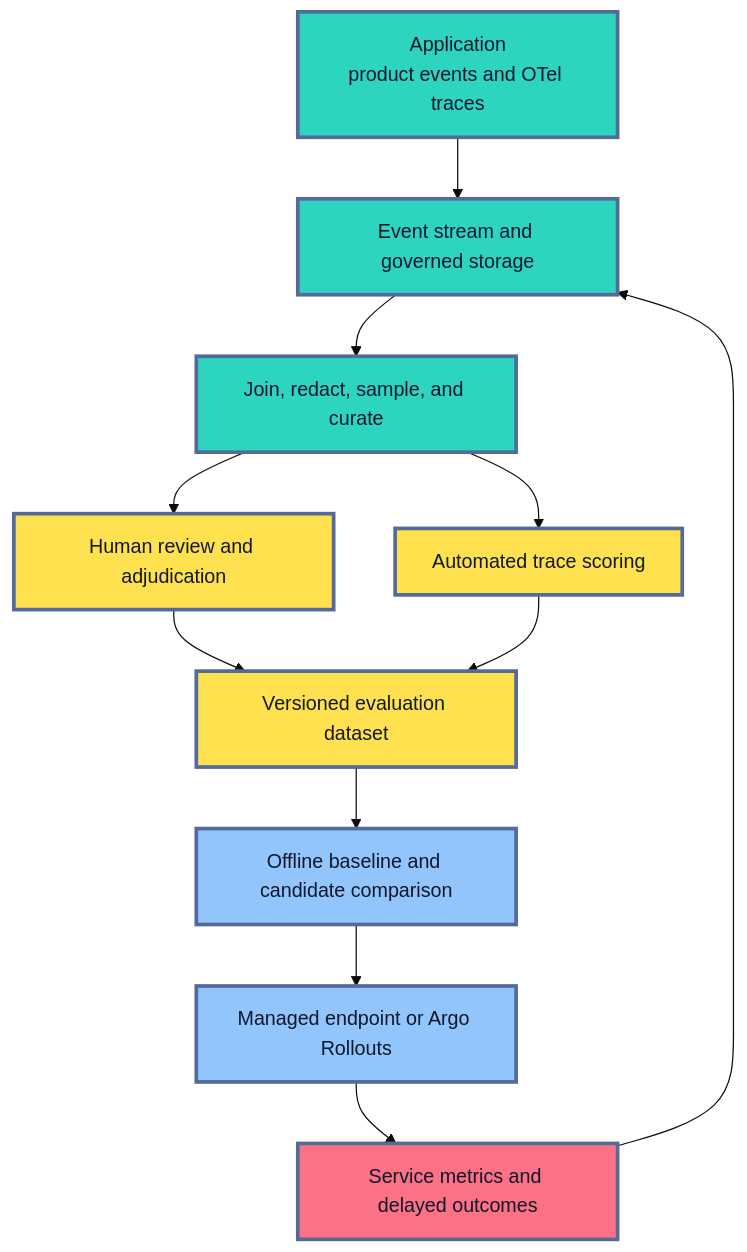
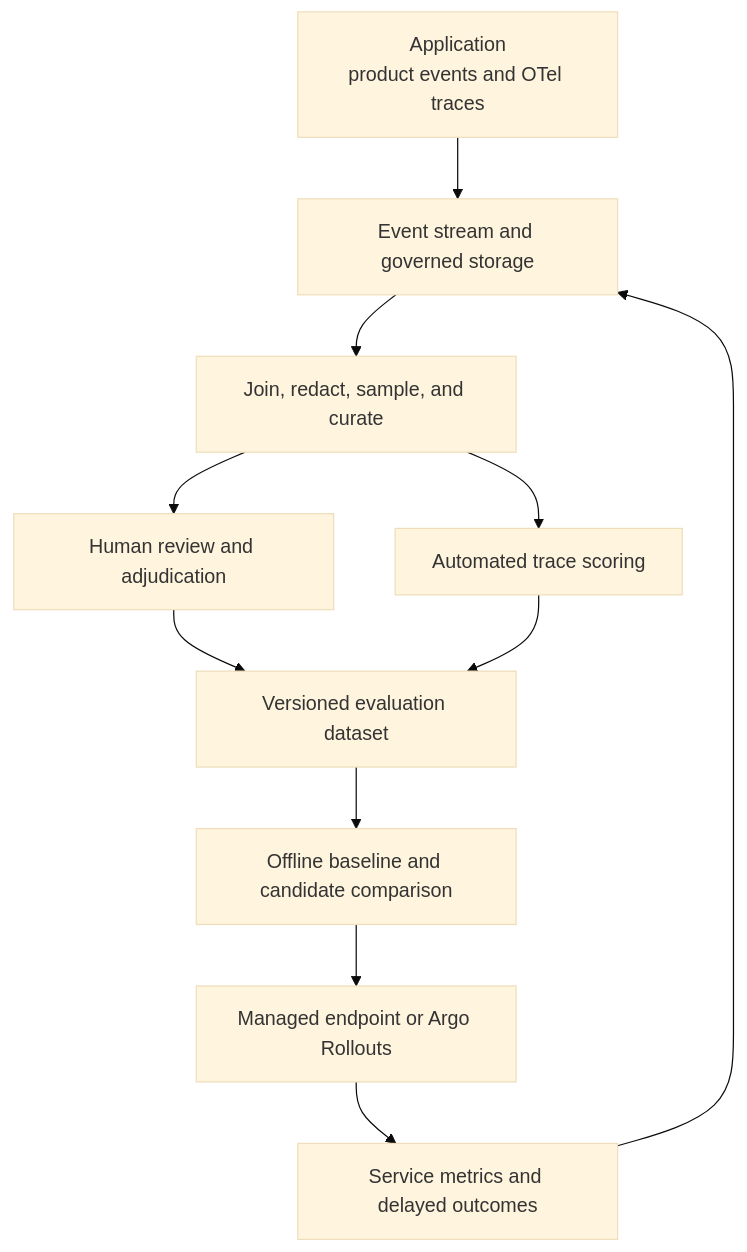
Before and after one commit to senlinyy/dev-roadmaps: the seventh of 7 diagrams in roadmaps/mlops/modules/llmops/adaptation-and-feedback/02-production-feedback-and-eval-flywheel.md, drawn with Mermaid (base theme). The commit also changed other lines of this file and 152 other files, not shown here.

Commit message:
feat: mlops and diagrams updated

````diff
--- a/roadmaps/mlops/modules/llmops/adaptation-and-feedback/02-production-feedback-and-eval-flywheel.md
+++ b/roadmaps/mlops/modules/llmops/adaptation-and-feedback/02-production-feedback-and-eval-flywheel.md
@@ -449,22 +427,18 @@
 ```mermaid
 flowchart TD
     A["Application<br/>product events and OTel traces"] --> B["Event stream and governed storage"]
     B --> C["Join, redact, sample, and curate"]
     C --> D["Human review and adjudication"]
     C --> E["Automated trace scoring"]
     D --> F["Versioned evaluation dataset"]
     E --> F
     F --> G["Offline baseline and candidate comparison"]
     G --> H["Managed endpoint or Argo Rollouts"]
     H --> I["Service metrics and delayed outcomes"]
     I --> B
 
-    classDef capture fill:#2DD4BF,stroke:#536A9A,stroke-width:3px,color:#0F172A
-    classDef assess fill:#FFE04F,stroke:#536A9A,stroke-width:3px,color:#111827
-    classDef change fill:#93C5FD,stroke:#536A9A,stroke-width:3px,color:#0F172A
-    classDef outcome fill:#FB7185,stroke:#536A9A,stroke-width:3px,color:#111827
     class A,B,C capture
     class D,E,F assess
     class G,H change
     class I outcome
 ```
````
